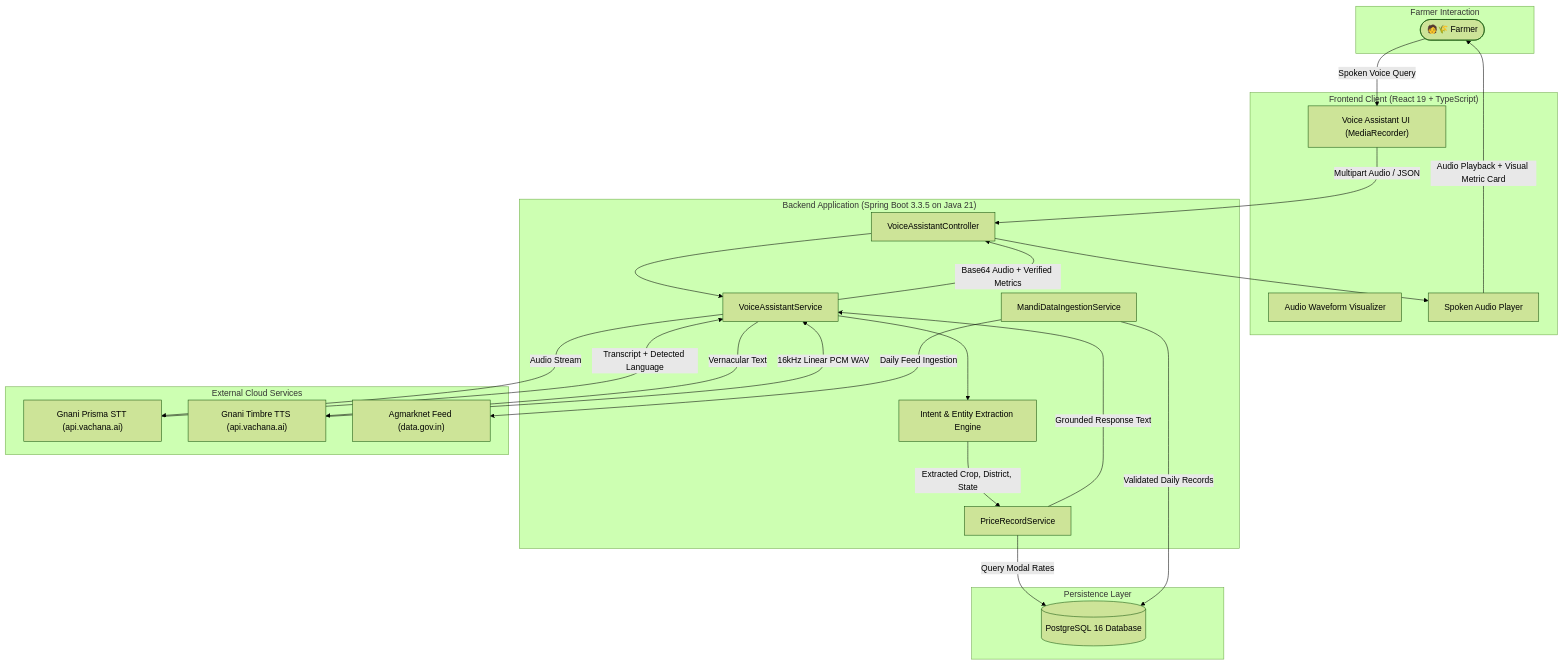
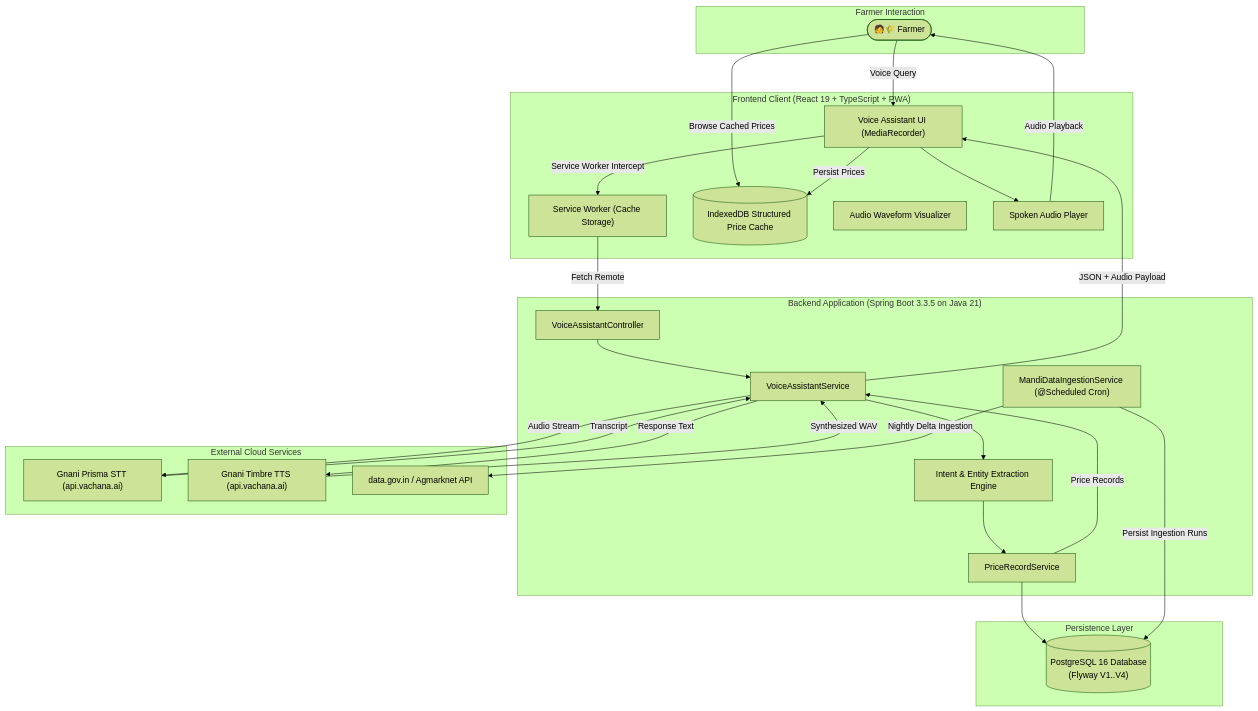
The diagram in README.md (Ritesh7009/MandiSaathi), drawn with Mermaid (forest theme) before and after one commit. The commit also changed other lines of this file and 47 other files, not shown here.

Commit message:
feat(pwa): implement PWA, offline IndexedDB price caching & scheduled ingestion (Phase 4B)

````diff
--- a/README.md
+++ b/README.md
@@ -74,48 +75,52 @@
 ```mermaid
 flowchart TD
     subgraph FarmerUser["Farmer Interaction"]
         Farmer(["🧑🌾 Farmer"])
     end
 
-    subgraph Presentation["Frontend Client (React 19 + TypeScript)"]
+    subgraph Presentation["Frontend Client (React 19 + TypeScript + PWA)"]
         UI["Voice Assistant UI (MediaRecorder)"]
+        SW["Service Worker (Cache Storage)"]
+        IDB[("IndexedDB Structured Price Cache")]
         Visualizer["Audio Waveform Visualizer"]
         Player["Spoken Audio Player"]
     end
 
     subgraph Application["Backend Application (Spring Boot 3.3.5 on Java 21)"]
         VoiceCtrl["VoiceAssistantController"]
         VoiceSvc["VoiceAssistantService"]
         NLPEngine["Intent & Entity Extraction Engine"]
         PriceSvc["PriceRecordService"]
-        IngestSvc["MandiDataIngestionService"]
+        IngestSvc["MandiDataIngestionService (@Scheduled Cron)"]
     end
 
     subgraph Data["Persistence Layer"]
-        Postgres[("PostgreSQL 16 Database")]
+        Postgres[("PostgreSQL 16 Database\n(Flyway V1..V4)")]
     end
 
     subgraph External["External Cloud Services"]
         PrismaSTT["Gnani Prisma STT (api.vachana.ai)"]
         TimbreTTS["Gnani Timbre TTS (api.vachana.ai)"]
-        DataGov["Agmarknet Feed (data.gov.in)"]
+        Agmarknet["data.gov.in / Agmarknet API"]
     end
 
-    Farmer -->|"Spoken Voice Query"| UI
-    UI -->|"Multipart Audio / JSON"| VoiceCtrl
+    Farmer -->|Voice Query| UI
+    Farmer -->|Browse Cached Prices| IDB
+    UI -->|Service Worker Intercept| SW
+    SW -->|Fetch Remote| VoiceCtrl
     VoiceCtrl --> VoiceSvc
-    VoiceSvc -->|"Audio Stream"| PrismaSTT
-    PrismaSTT -->|"Transcript + Detected Language"| VoiceSvc
+    VoiceSvc -->|Audio Stream| PrismaSTT
+    PrismaSTT -->|Transcript| VoiceSvc
     VoiceSvc --> NLPEngine
-    NLPEngine -->|"Extracted Crop, District, State"| PriceSvc
-    PriceSvc -->|"Query Modal Rates"| Postgres
-    PriceSvc -->|"Grounded Response Text"| VoiceSvc
-    VoiceSvc -->|"Vernacular Text"| TimbreTTS
-    TimbreTTS -->|"16kHz Linear PCM WAV"| VoiceSvc
-    VoiceSvc -->|"Base64 Audio + Verified Metrics"| VoiceCtrl
-    VoiceCtrl --> Player
-    Player -->|"Audio Playback + Visual Metric Card"| Farmer
-
-    IngestSvc -->|"Daily Feed Ingestion"| DataGov
-    IngestSvc -->|"Validated Daily Records"| Postgres
+    NLPEngine --> PriceSvc
+    PriceSvc --> Postgres
+    PriceSvc -->|Price Records| VoiceSvc
+    VoiceSvc -->|Response Text| TimbreTTS
+    TimbreTTS -->|Synthesized WAV| VoiceSvc
+    VoiceSvc -->|JSON + Audio Payload| UI
+    UI -->|Persist Prices| IDB
+    UI --> Player
+    Player -->|Audio Playback| Farmer
+    IngestSvc -->|Nightly Delta Ingestion| Agmarknet
+    IngestSvc -->|Persist Ingestion Runs| Postgres
 ```
````
